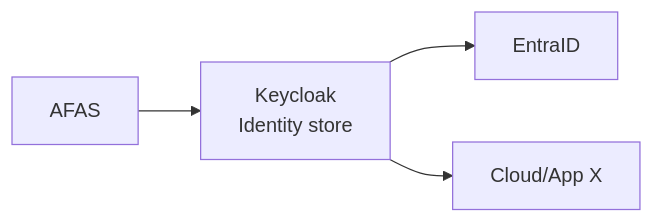
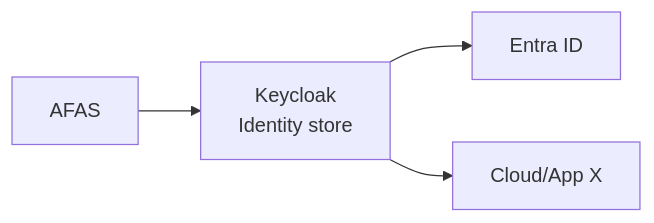
One commit to developer-overheid-nl/don-site changed the third of 4 diagrams in blog/2026/03/blog-post-identity-sync-architecture.md. Above: the diagram before and after it, drawn with Mermaid. The commit also changed other lines of this file, not shown here.

Commit message:
Fix typos and improve consistency in blog post on identity synchronization architecture

````diff
--- a/blog/2026/03/blog-post-identity-sync-architecture.md
+++ b/blog/2026/03/blog-post-identity-sync-architecture.md
@@ -97,11 +97,11 @@
 ```mermaid
 flowchart LR
   AFAS["AFAS"]
   KEYCLOAK["Keycloak<br/>Identity store"]
-  ENTRA["EntraID"]
+  ENTRA["Entra ID"]
   APPS["Cloud/App X"]
 
   AFAS --> KEYCLOAK
   KEYCLOAK --> ENTRA
   KEYCLOAK --> APPS
 ```
````
